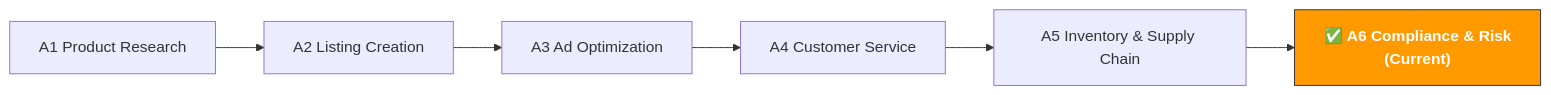
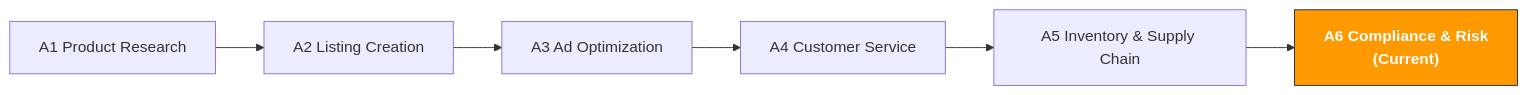
Before and after one commit to kangise/ecommerce-ai-roadmap: the diagram in en/paths/a-operators/a6-compliance.md, drawn with Mermaid. The commit also changed other lines of this file and 185 other files, not shown here.

````diff
--- a/en/paths/a-operators/a6-compliance.md
+++ b/en/paths/a-operators/a6-compliance.md
@@ -13,15 +13,15 @@
 ```mermaid
 flowchart LR
-    A1["A1 Product Research"]
-    A1 --> A2
-    A2["A2 Listing Creation"]
-    A2 --> A3
-    A3["A3 Ad Optimization"]
-    A3 --> A4
-    A4["A4 Customer Service"]
-    A4 --> A5
-    A5["A5 Inventory & Supply Chain"]
-    A5 --> A6
-    A6["✅ A6 Compliance & Risk<br/>(Current)"]:::current
-    classDef current fill:#ff9900,stroke:#333,color:#fff,font-weight:bold
+A1["A1 Product Research"]
+A1 --> A2
+A2["A2 Listing Creation"]
+A2 --> A3
+A3["A3 Ad Optimization"]
+A3 --> A4
+A4["A4 Customer Service"]
+A4 --> A5
+A5["A5 Inventory & Supply Chain"]
+A5 --> A6
+A6[" A6 Compliance & Risk<br/>(Current)"]:::current
+classDef current fill:#ff9900,stroke:#333,color:#fff,font-weight:bold
 ```
````
